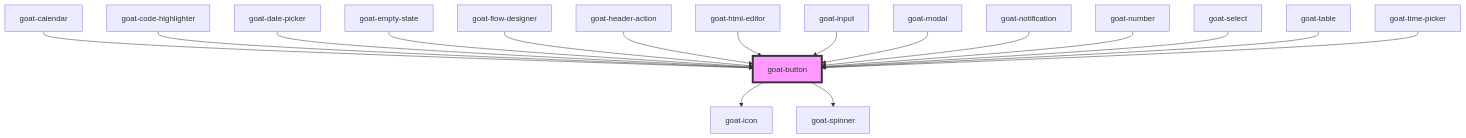
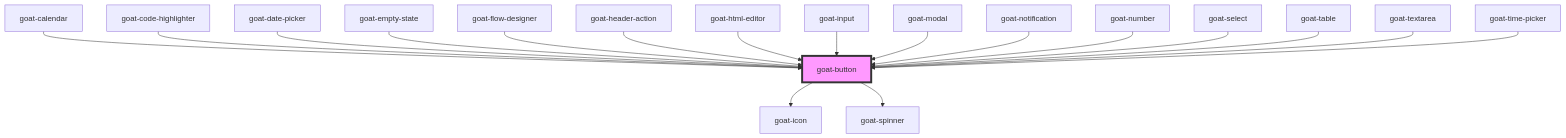
The diagram in src/components/button/readme.md (goatui/components), drawn with Mermaid before and after one commit. The commit also changed other lines of this file and 114 other files, not shown here.

````diff
--- a/src/components/button/readme.md
+++ b/src/components/button/readme.md
@@ -97,20 +98,21 @@
 ```mermaid
 graph TD;
   goat-button --> goat-icon
   goat-button --> goat-spinner
   goat-calendar --> goat-button
   goat-code-highlighter --> goat-button
   goat-date-picker --> goat-button
   goat-empty-state --> goat-button
   goat-flow-designer --> goat-button
   goat-header-action --> goat-button
   goat-html-editor --> goat-button
   goat-input --> goat-button
   goat-modal --> goat-button
   goat-notification --> goat-button
   goat-number --> goat-button
   goat-select --> goat-button
   goat-table --> goat-button
+  goat-textarea --> goat-button
   goat-time-picker --> goat-button
   style goat-button fill:#f9f,stroke:#333,stroke-width:4px
 ```
````
